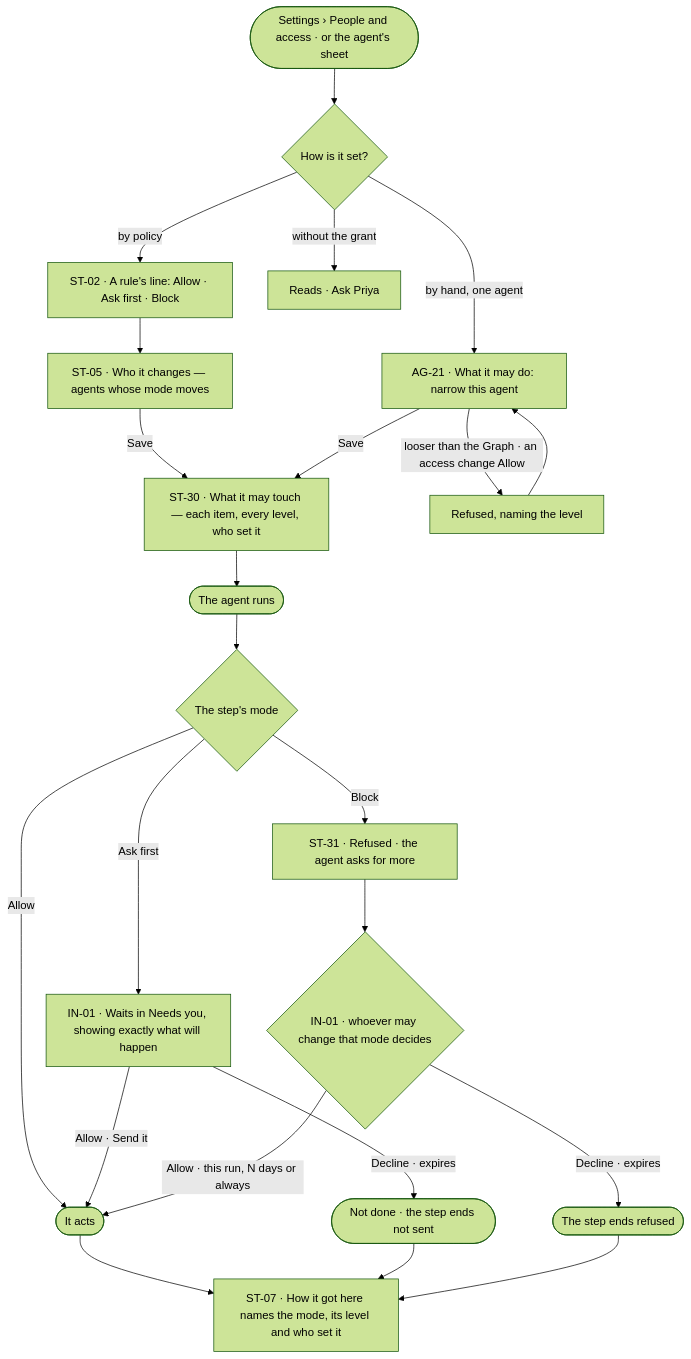
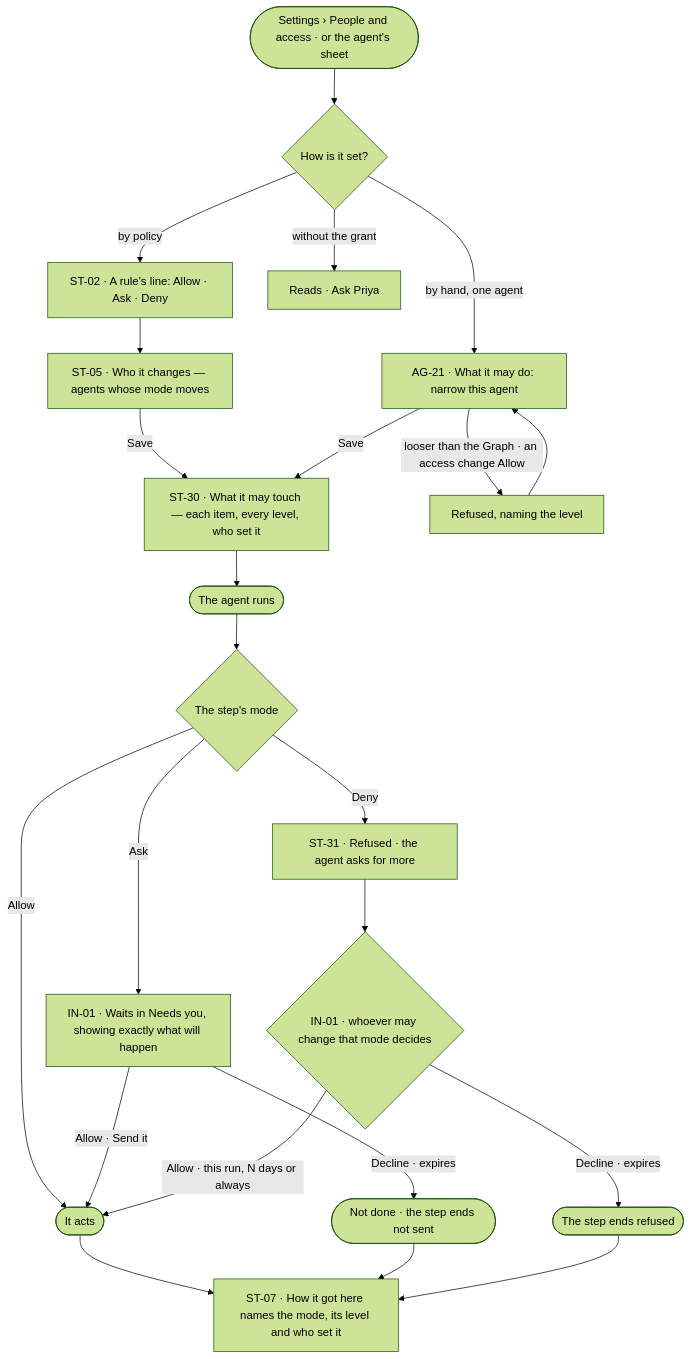
The first of 2 diagrams in specs/journeys/J06-set-what-an-agent-may-touch.md (invana/invana), drawn with Mermaid (forest theme) before and after one commit. The commit also changed other lines of this file and 30 other files, not shown here.

First line of the commit message:
docs: agent modes read Allow · Ask · Deny, set per Graph and per agent

````diff
--- a/specs/journeys/J06-set-what-an-agent-may-touch.md
+++ b/specs/journeys/J06-set-what-an-agent-may-touch.md
@@ -16,24 +16,24 @@
 ```mermaid
 flowchart TD
   A([Settings › People and access · or the agent's sheet]) --> B{"How is it set?"}
-  B -->|by policy| C["ST-02 · A rule's line: Allow · Ask first · Block"]
+  B -->|by policy| C["ST-02 · A rule's line: Allow · Ask · Deny"]
   B -->|by hand, one agent| D["AG-21 · What it may do: narrow this agent"]
   C --> E["ST-05 · Who it changes — agents whose mode moves"]
   E -->|Save| F
   D -->|looser than the Graph · an access change Allow| DX["Refused, naming the level"] --> D
   D -->|Save| F["ST-30 · What it may touch — each item, every level, who set it"]
   B -->|without the grant| NA["Reads · Ask Priya"]
   F --> G([The agent runs])
   G --> H{"The step's mode"}
   H -->|Allow| I(["It acts"])
-  H -->|Ask first| J["IN-01 · Waits in Needs you, showing exactly what will happen"]
+  H -->|Ask| J["IN-01 · Waits in Needs you, showing exactly what will happen"]
   J -->|Allow · Send it| I
   J -->|Decline · expires| K(["Not done · the step ends not sent"])
-  H -->|Block| L["ST-31 · Refused · the agent asks for more"]
+  H -->|Deny| L["ST-31 · Refused · the agent asks for more"]
   L --> M{"IN-01 · whoever may change that mode decides"}
   M -->|Allow · this run, N days or always| I
   M -->|Decline · expires| N(["The step ends refused"])
   I --> T["ST-07 · How it got here names the mode, its level and who set it"]
   K --> T
   N --> T
 ```
````
